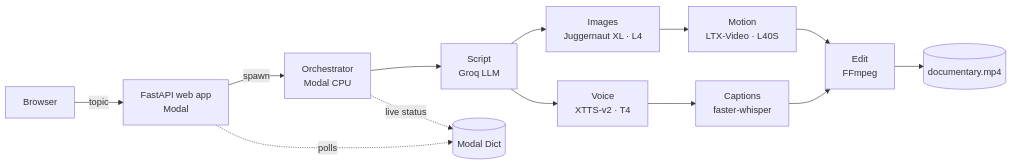
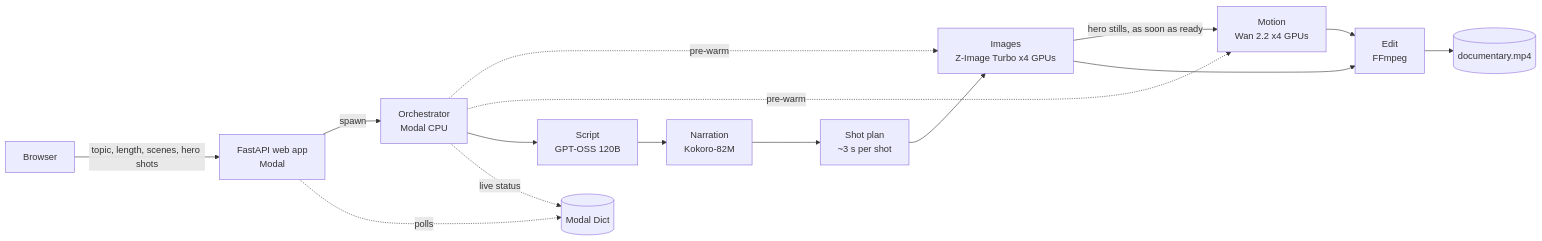
The diagram in README.md (Nimesh000/docugen-ai), drawn with Mermaid before and after one commit. The commit also changed other lines of this file, not shown here.

````diff
--- a/README.md
+++ b/README.md
@@ -17,15 +17,17 @@
 ```mermaid
 flowchart LR
-    U[Browser] -->|topic| W[FastAPI web app<br/>Modal]
+    U[Browser] -->|topic, length, scenes, hero shots| W[FastAPI web app<br/>Modal]
     W -->|spawn| O[Orchestrator<br/>Modal CPU]
-    O --> S[Script<br/>Groq LLM]
-    S --> V[Voice<br/>XTTS-v2 · T4]
-    S --> I[Images<br/>Juggernaut XL · L4]
-    I --> M[Motion<br/>LTX-Video · L40S]
-    V --> C[Captions<br/>faster-whisper]
-    M --> E[Edit<br/>FFmpeg]
-    C --> E
+    O -. pre-warm .-> I
+    O -. pre-warm .-> M
+    O --> S[Script<br/>GPT-OSS 120B]
+    S --> V[Narration<br/>Kokoro-82M]
+    V --> P[Shot plan<br/>~3 s per shot]
+    P --> I[Images<br/>Z-Image Turbo x4 GPUs]
+    I -->|hero stills, as soon as ready| M[Motion<br/>Wan 2.2 x4 GPUs]
+    I --> E[Edit<br/>FFmpeg]
+    M --> E
     E --> F[(documentary.mp4)]
     O -. live status .-> D[(Modal Dict)]
     W -. polls .-> D
 ```
````
